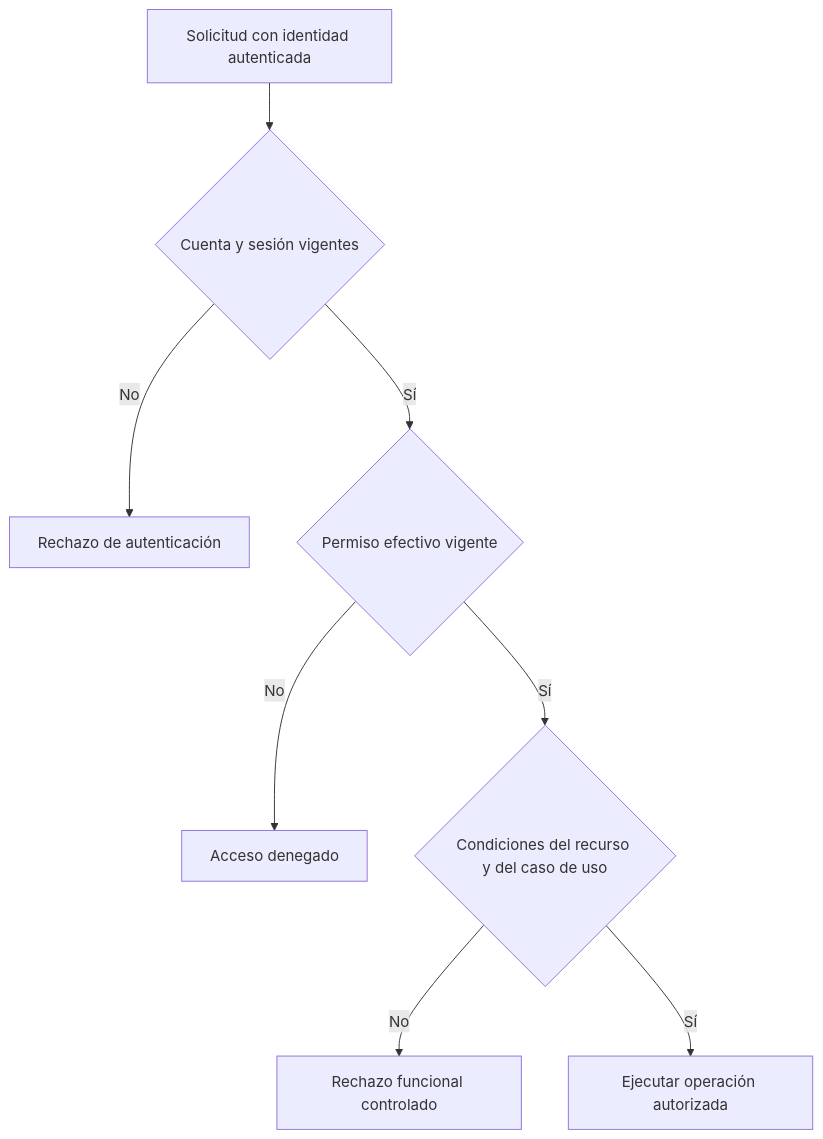
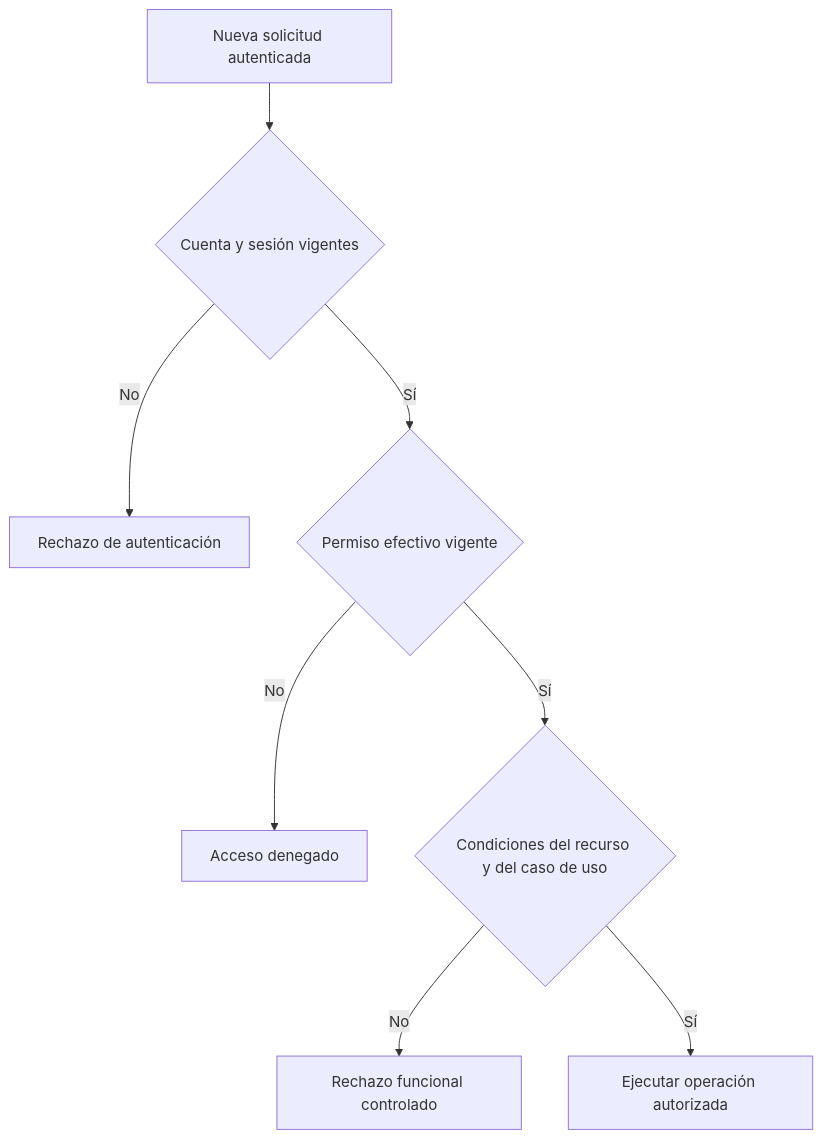
The diagram in docs/09-security/02-authorization-and-access-control.md (EderPanta18/academic-management-api), drawn with Mermaid before and after one commit. The commit also changed other lines of this file and 22 other files, not shown here.

````diff
--- a/docs/09-security/02-authorization-and-access-control.md
+++ b/docs/09-security/02-authorization-and-access-control.md
@@ -44,10 +44,10 @@
 ```mermaid
 flowchart TB
-    REQ[Solicitud con identidad autenticada] --> ACCOUNT{Cuenta y sesión vigentes}
+    REQ[Nueva solicitud autenticada] --> ACCOUNT{Cuenta y sesión vigentes}
     ACCOUNT -->|No| UNAUTH[Rechazo de autenticación]
     ACCOUNT -->|Sí| PERM{Permiso efectivo vigente}
     PERM -->|No| DENY[Acceso denegado]
     PERM -->|Sí| RULES{Condiciones del recurso y del caso de uso}
     RULES -->|No| REJECT[Rechazo funcional controlado]
     RULES -->|Sí| EXEC[Ejecutar operación autorizada]
 ```
````
